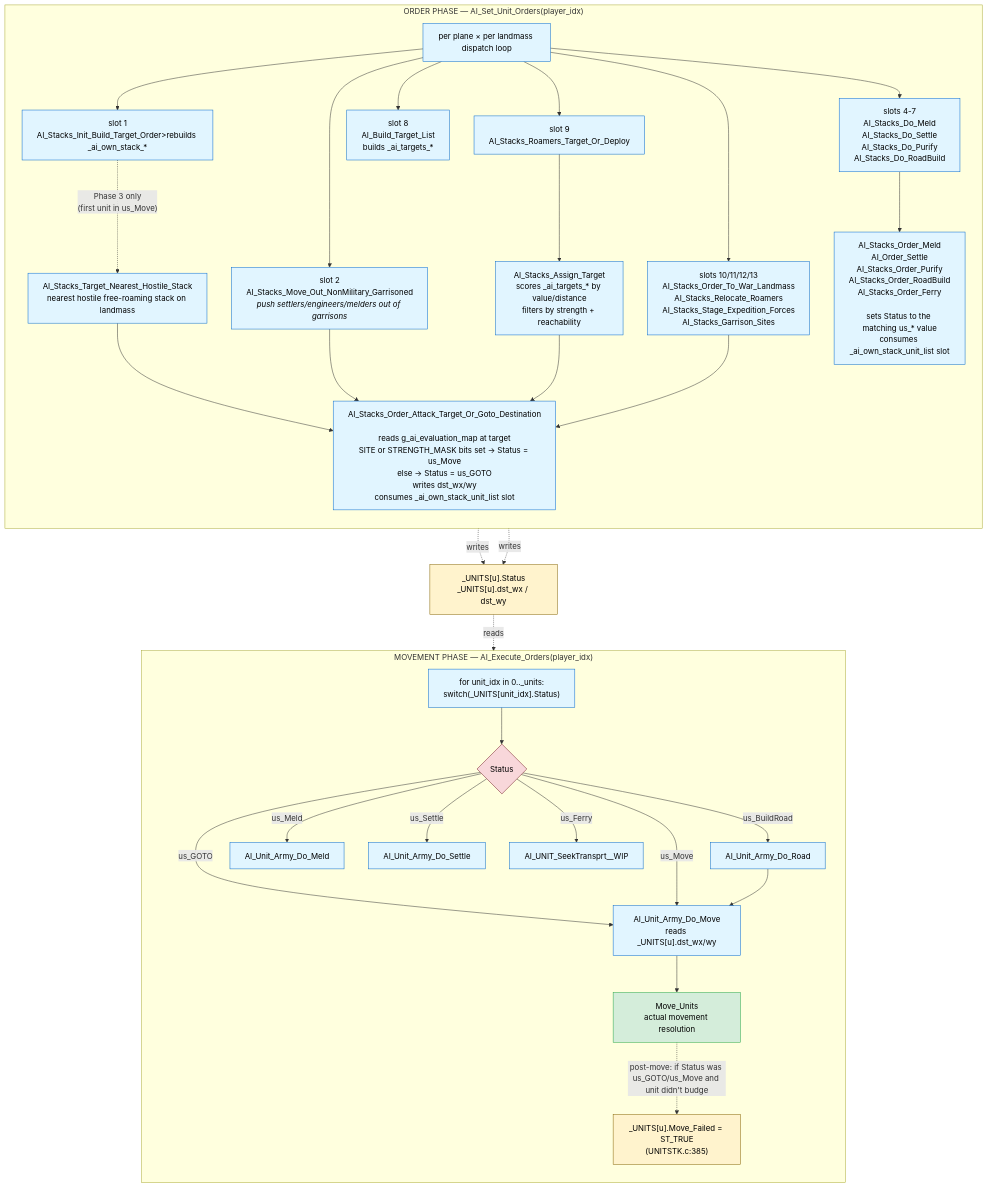
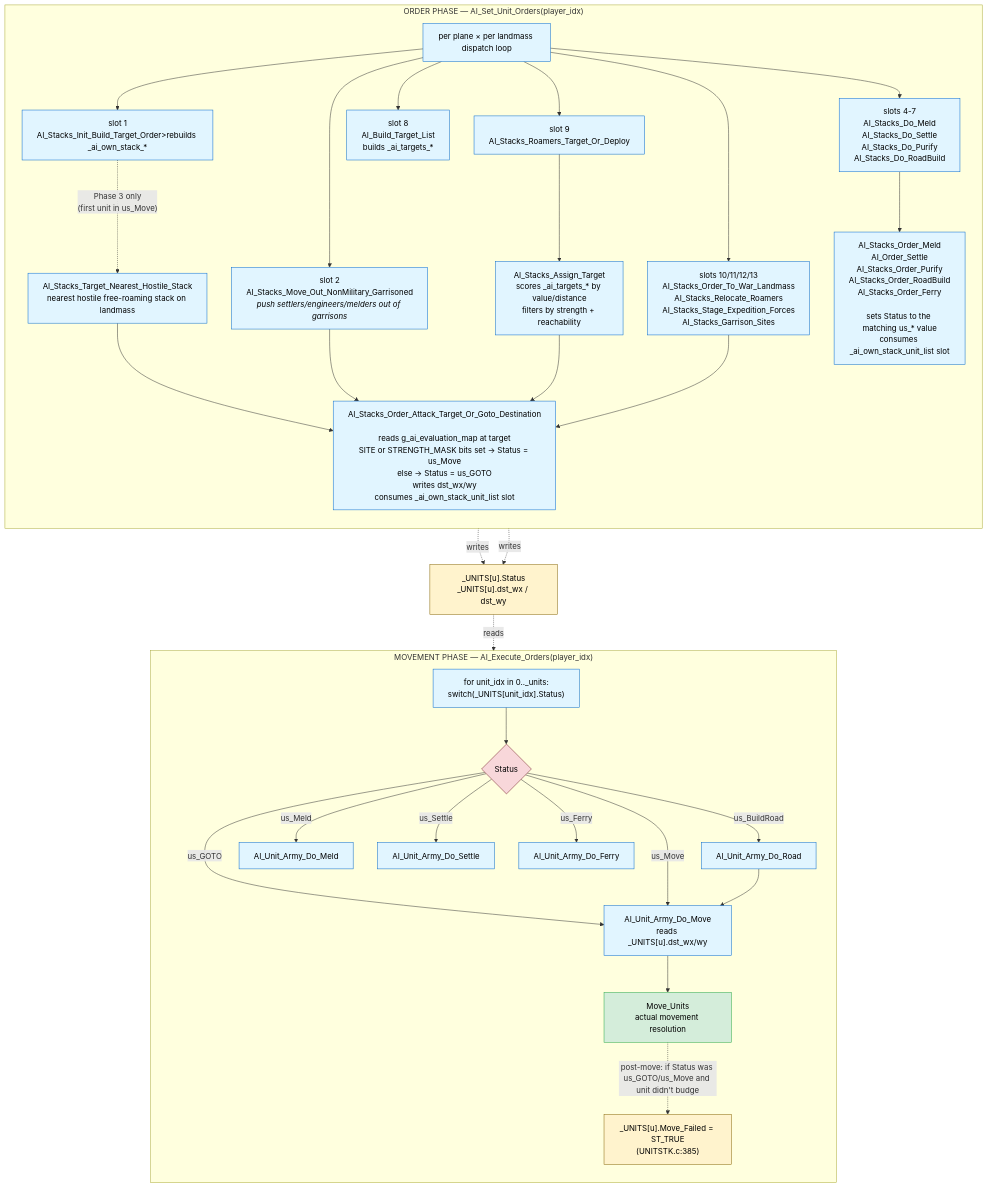
The second of 3 diagrams in doc/ComputerPlayer/AI-Turn-Diagrams.md (jbalcomb/ReMoM), drawn with Mermaid before and after one commit. The commit also changed 7 other files, not shown here.

Commit message:
done-done AI_Unit_Army_Do_Ferry()

````diff
--- a/doc/ComputerPlayer/AI-Turn-Diagrams.md
+++ b/doc/ComputerPlayer/AI-Turn-Diagrams.md
@@ -39,56 +39,56 @@
 ```mermaid
 flowchart TD
     classDef phase fill:#f5f5f5,stroke:#666,stroke-width:2px,color:#000
     classDef func fill:#e1f5ff,stroke:#0066cc,color:#000
     classDef state fill:#fff3cd,stroke:#856404,color:#000
     classDef terminal fill:#d4edda,stroke:#28a745,color:#000
     classDef gate fill:#f8d7da,stroke:#721c24,color:#000
 
     subgraph PhaseOrders["ORDER PHASE — AI_Set_Unit_Orders(player_idx)"]
         direction TB
         Dispatch["per plane × per landmass dispatch loop"]:::func
 
         Dispatch --> Slot1["slot 1<br/>AI_Stacks_Init_Build_Target_Order>rebuilds _ai_own_stack_*</i>"]:::func
         Dispatch --> Slot2["slot 2<br/>AI_Stacks_Move_Out_NonMilitary_Garrisoned<br/><i>push settlers/engineers/melders out of garrisons</i>"]:::func
         Dispatch --> Slots4_7["slots 4-7<br/>AI_Stacks_Do_Meld<br/>AI_Stacks_Do_Settle<br/>AI_Stacks_Do_Purify<br/>AI_Stacks_Do_RoadBuild"]:::func
         Dispatch --> Slot8["slot 8<br/>AI_Build_Target_List<br/>builds _ai_targets_*"]:::func
         Dispatch --> Slot9["slot 9<br/>AI_Stacks_Roamers_Target_Or_Deploy"]:::func
         Dispatch --> SlotsRally["slots 10/11/12/13<br/>AI_Stacks_Order_To_War_Landmass<br/>AI_Stacks_Relocate_Roamers<br/>AI_Stacks_Stage_Expedition_Forces<br/>AI_Stacks_Garrison_Sites"]:::func
 
         Slot1 -. "Phase 3 only<br/>(first unit in us_Move)" .-> FindNearest["AI_Stacks_Target_Nearest_Hostile_Stack<br/>nearest hostile free-roaming stack on landmass"]:::func
         FindNearest --> SetTgt
 
         Slot2 --> SetTgt
         Slot9 --> AssignTgt["AI_Stacks_Assign_Target<br/>scores _ai_targets_* by value/distance<br/>filters by strength + reachability"]:::func
         AssignTgt --> SetTgt
         SlotsRally --> SetTgt
 
         SetTgt["AI_Stacks_Order_Attack_Target_Or_Goto_Destination<br/><br/>reads g_ai_evaluation_map at target<br/>SITE or STRENGTH_MASK bits set → Status = us_Move<br/>else → Status = us_GOTO<br/>writes dst_wx/wy<br/>consumes _ai_own_stack_unit_list slot"]:::func
 
         Slots4_7 --> OrderXxx["AI_Stacks_Order_Meld<br/>AI_Order_Settle<br/>AI_Stacks_Order_Purify<br/>AI_Stacks_Order_RoadBuild<br/>AI_Stacks_Order_Ferry<br/><br/>sets Status to the matching us_* value<br/>consumes _ai_own_stack_unit_list slot"]:::func
     end
 
     SetTgt -. "writes" .-> UnitFields
     OrderXxx -. "writes" .-> UnitFields
 
     UnitFields["_UNITS[u].Status<br/>_UNITS[u].dst_wx / dst_wy"]:::state
 
     subgraph PhaseMove["MOVEMENT PHASE — AI_Execute_Orders(player_idx)"]
         direction TB
         MoveLoop["for unit_idx in 0.._units:<br/>switch(_UNITS[unit_idx].Status)"]:::func
         MoveLoop --> StatusGate{Status}:::gate
         StatusGate -- "us_GOTO" --> UnitMove
         StatusGate -- "us_Move" --> UnitMove
         StatusGate -- "us_BuildRoad" --> BuildRoad["AI_Unit_Army_Do_Road"]:::func
         BuildRoad --> UnitMove
         StatusGate -- "us_Meld" --> UnitMeld["AI_Unit_Army_Do_Meld"]:::func
         StatusGate -- "us_Settle" --> UnitSettle["AI_Unit_Army_Do_Settle"]:::func
-        StatusGate -- "us_Ferry" --> UnitSeek["AI_UNIT_SeekTransprt__WIP"]:::func
+        StatusGate -- "us_Ferry" --> UnitSeek["AI_Unit_Army_Do_Ferry"]:::func
 
         UnitMove["AI_Unit_Army_Do_Move<br/>reads _UNITS[u].dst_wx/wy"]:::func --> MoveUnits["Move_Units<br/>actual movement resolution"]:::terminal
 
         MoveUnits -. "post-move: if Status was us_GOTO/us_Move and unit didn't budge" .-> MoveFailed["_UNITS[u].Move_Failed = ST_TRUE<br/>(UNITSTK.c:385)"]:::state
     end
 
     UnitFields -. "reads" .-> MoveLoop
 ```
````
